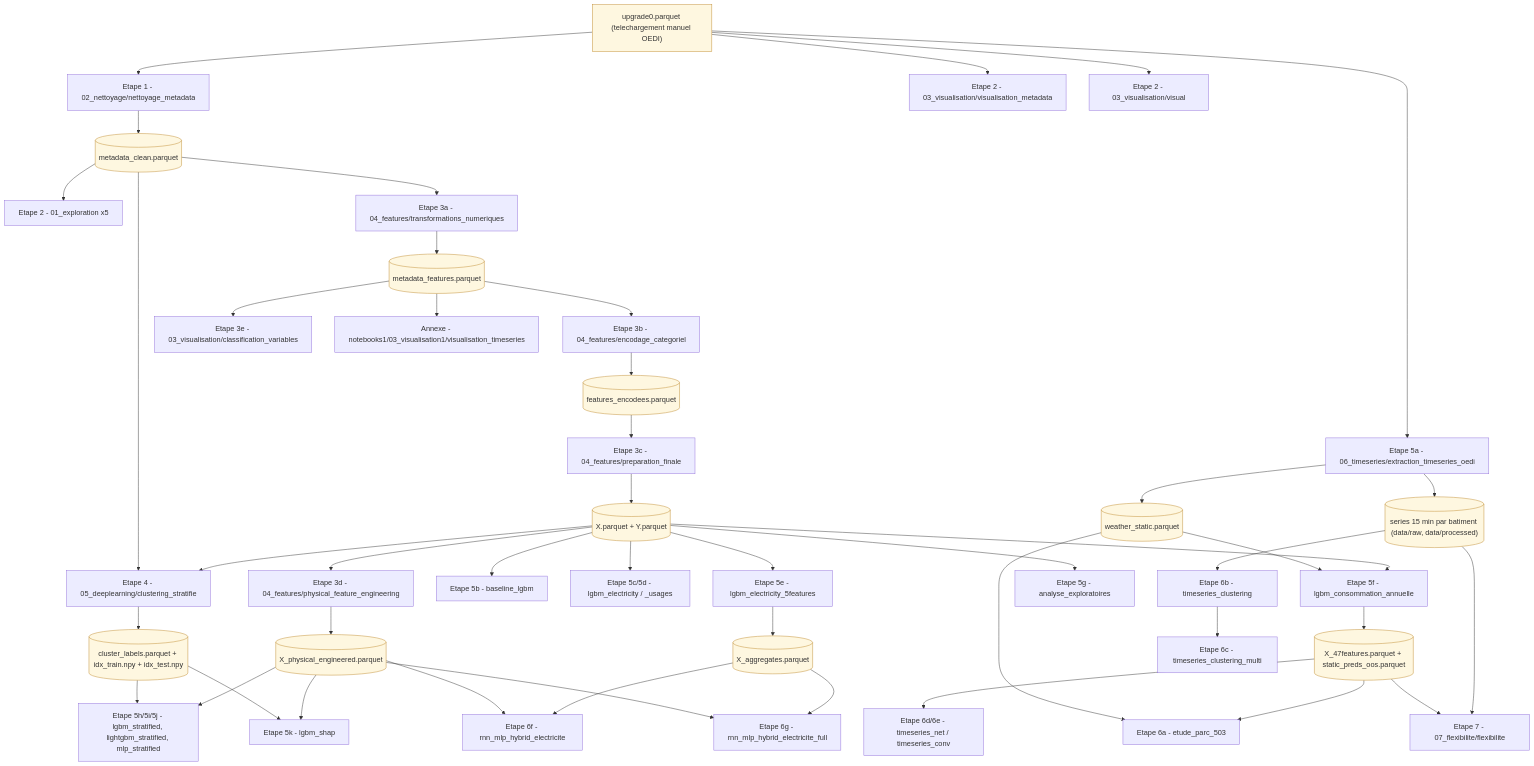
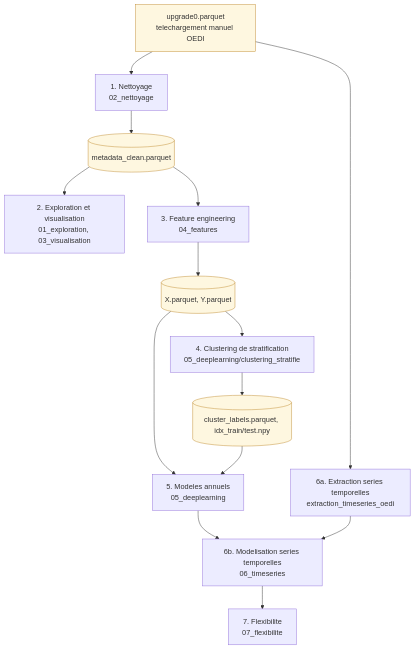
Before and after one commit to BOUBAKERAMDY/FlexiMax: the diagram in README.md, drawn with Mermaid. The commit also changed other lines of this file, not shown here.

Commit message:
README : simplifie le schéma du pipeline pour la lisibilité
Le graphe précédent (34 nœuds, un par notebook) était illisible une fois rendu.
Remplacé par une vue par étape (12 nœuds : 7 étapes + 5 artefacts de données),
avec un renvoi vers le tableau détaillé de la section 4 pour le niveau notebook
par notebook.

````diff
--- a/README.md
+++ b/README.md
@@ -67,78 +70,29 @@
 ```mermaid
 flowchart TD
-    DL["upgrade0.parquet (telechargement manuel OEDI)"]
-    N02["Etape 1 - 02_nettoyage/nettoyage_metadata"]
+    DL["upgrade0.parquet<br/>telechargement manuel OEDI"]
+    E1["1. Nettoyage<br/>02_nettoyage"]
     MC[("metadata_clean.parquet")]
-    E01["Etape 2 - 01_exploration x5"]
-    VM["Etape 2 - 03_visualisation/visualisation_metadata"]
-    VV["Etape 2 - 03_visualisation/visual"]
-    T1["Etape 3a - 04_features/transformations_numeriques"]
-    T2["Etape 3b - 04_features/encodage_categoriel"]
-    T3["Etape 3c - 04_features/preparation_finale"]
-    T4["Etape 3d - 04_features/physical_feature_engineering"]
-    CV["Etape 3e - 03_visualisation/classification_variables"]
-    MF[("metadata_features.parquet")]
-    FE[("features_encodees.parquet")]
-    XY[("X.parquet + Y.parquet")]
-    XP[("X_physical_engineered.parquet")]
-    CS["Etape 4 - 05_deeplearning/clustering_stratifie"]
-    CL[("cluster_labels.parquet + idx_train.npy + idx_test.npy")]
-    TS_EXT["Etape 5a - 06_timeseries/extraction_timeseries_oedi"]
-    WS[("weather_static.parquet")]
-    TSB[("series 15 min par batiment (data/raw, data/processed)")]
-    M_BASE["Etape 5b - baseline_lgbm"]
-    M_ELEC["Etape 5c/5d - lgbm_electricity / _usages"]
-    M_5F["Etape 5e - lgbm_electricity_5features"]
-    M_CA["Etape 5f - lgbm_consommation_annuelle"]
-    M_AE["Etape 5g - analyse_exploratoires"]
-    M_STR["Etape 5h/5i/5j - lgbm_stratified, lightgbm_stratified, mlp_stratified"]
-    M_SHAP["Etape 5k - lgbm_shap"]
-    XA[("X_aggregates.parquet")]
-    X47[("X_47features.parquet + static_preds_oos.parquet")]
-    TS_PARC["Etape 6a - etude_parc_503"]
-    TS_CL["Etape 6b - timeseries_clustering"]
-    TS_CLM["Etape 6c - timeseries_clustering_multi"]
-    TS_NET["Etape 6d/6e - timeseries_net / timeseries_conv"]
-    TS_RNN["Etape 6f - rnn_mlp_hybrid_electricite"]
-    TS_RNNF["Etape 6g - rnn_mlp_hybrid_electricite_full"]
-    FLEX["Etape 7 - 07_flexibilite/flexibilite"]
-    NB1["Annexe - notebooks1/03_visualisation1/visualisation_timeseries"]
+    E2["2. Exploration et visualisation<br/>01_exploration, 03_visualisation"]
+    E3["3. Feature engineering<br/>04_features"]
+    XY[("X.parquet, Y.parquet")]
+    E4["4. Clustering de stratification<br/>05_deeplearning/clustering_stratifie"]
+    CL[("cluster_labels.parquet, idx_train/test.npy")]
+    E5["5. Modeles annuels<br/>05_deeplearning"]
+    E6A["6a. Extraction series temporelles<br/>extraction_timeseries_oedi"]
+    E6B["6b. Modelisation series temporelles<br/>06_timeseries"]
+    E7["7. Flexibilite<br/>07_flexibilite"]
 
-    DL --> N02 --> MC
-    MC --> E01
-    DL --> VM
-    DL --> VV
-    MC --> T1 --> MF --> T2 --> FE --> T3 --> XY --> T4 --> XP
-    MF --> CV
-    XY --> CS
-    MC --> CS
-    CS --> CL
-    XY --> M_BASE
-    XY --> M_ELEC
-    XY --> M_5F
-    XY --> M_CA
-    XY --> M_AE
-    XP --> M_STR
-    XP --> M_SHAP
-    CL --> M_STR
-    CL --> M_SHAP
-    M_5F --> XA
-    WS --> M_CA
-    M_CA --> X47
-    DL --> TS_EXT --> WS
-    TS_EXT --> TSB
-    X47 --> TS_PARC
-    X47 --> TS_NET
-    WS --> TS_PARC
-    TSB --> TS_CL --> TS_CLM
-    XA --> TS_RNN
-    XA --> TS_RNNF
-    XP --> TS_RNN
-    XP --> TS_RNNF
-    TSB --> FLEX
-    X47 --> FLEX
-    MF --> NB1
+    DL --> E1 --> MC
+    MC --> E2
+    MC --> E3 --> XY
+    XY --> E4 --> CL
+    XY --> E5
+    CL --> E5
+    DL --> E6A
+    E5 --> E6B
+    E6A --> E6B
+    E6B --> E7
 
     classDef data fill:#fef7e0,stroke:#c08a2e;
-    class DL,MC,MF,FE,XY,XP,CL,WS,TSB,XA,X47 data;
+    class DL,MC,XY,CL data;
 ```
````
